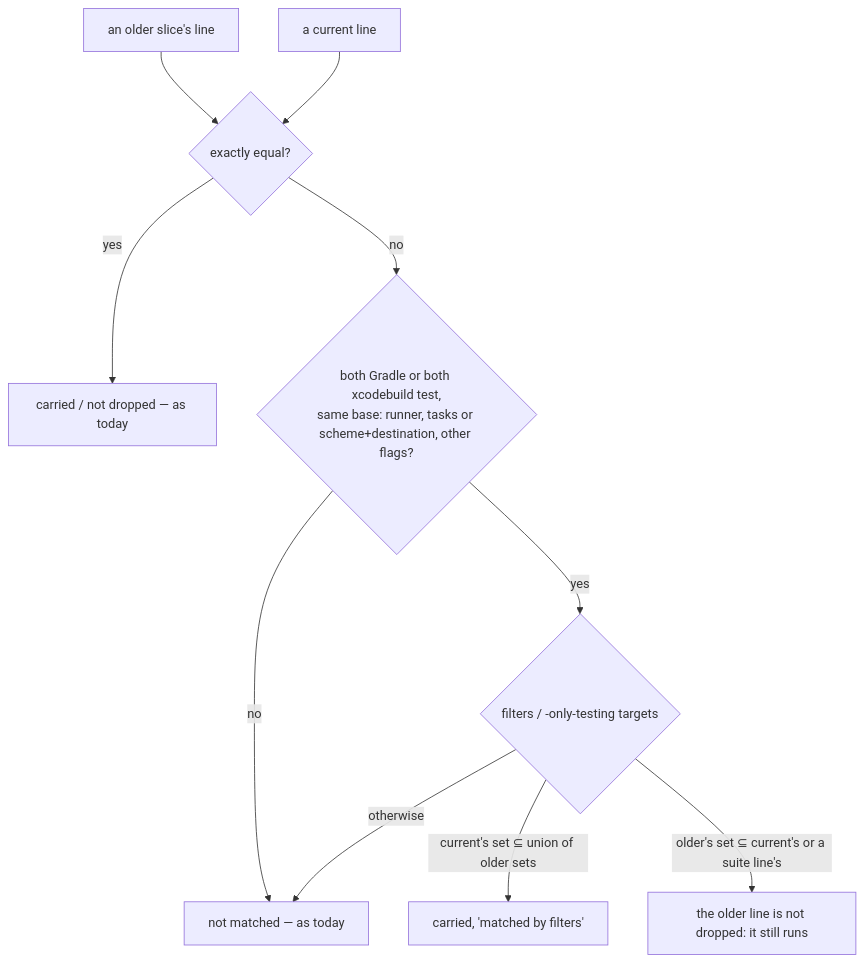
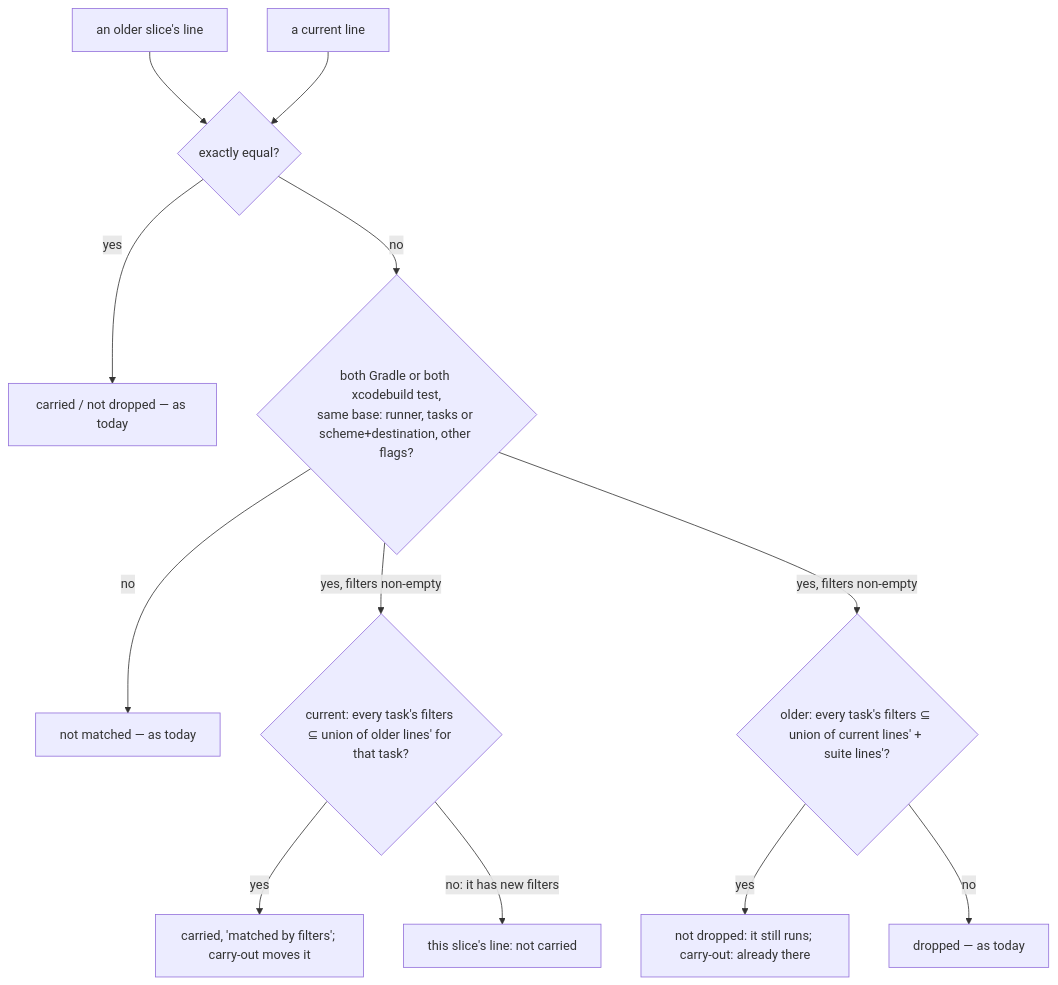
Before and after one commit to kadaluarsa/barbaric-driven-development: the second of 2 diagrams in docs/cascade/05b-t80-carry-matching.md, drawn with Mermaid. The commit also changed other lines of this file and 2 other files, not shown here.

Commit message:
GENERATE 05b t80-carry-matching: answer the critic (C3–C10 fixed; C1, C2 to the human), spec v2 — Plan A (README only, recommended: matching changes 0 of 63 lines) or Plan B (the matcher, fixed)

````diff
--- a/docs/cascade/05b-t80-carry-matching.md
+++ b/docs/cascade/05b-t80-carry-matching.md
@@ -46,12 +64,14 @@
 ```mermaid
 flowchart TD
   O[an older slice's line] --> X{exactly equal?}
   C[a current line] --> X
   X -->|yes| CA[carried / not dropped — as today]
   X -->|no| K{both Gradle or both xcodebuild test,<br/>same base: runner, tasks or scheme+destination, other flags?}
   K -->|no| N[not matched — as today]
-  K -->|yes| F{filters / -only-testing targets}
-  F -->|current's set ⊆ union of older sets| CF[carried, 'matched by filters']
-  F -->|older's set ⊆ current's or a suite line's| ND[the older line is not dropped: it still runs]
-  F -->|otherwise| N
+  K -->|yes, filters non-empty| CQ{current: every task's filters ⊆ union of older lines' for that task?}
+  CQ -->|yes| CF[carried, 'matched by filters'; carry-out moves it]
+  CQ -->|no: it has new filters| OWN[this slice's line: not carried]
+  K -->|yes, filters non-empty| DQ{older: every task's filters ⊆ union of current lines' + suite lines'?}
+  DQ -->|yes| ND[not dropped: it still runs; carry-out: already there]
+  DQ -->|no| DR[dropped — as today]
 ```
````
